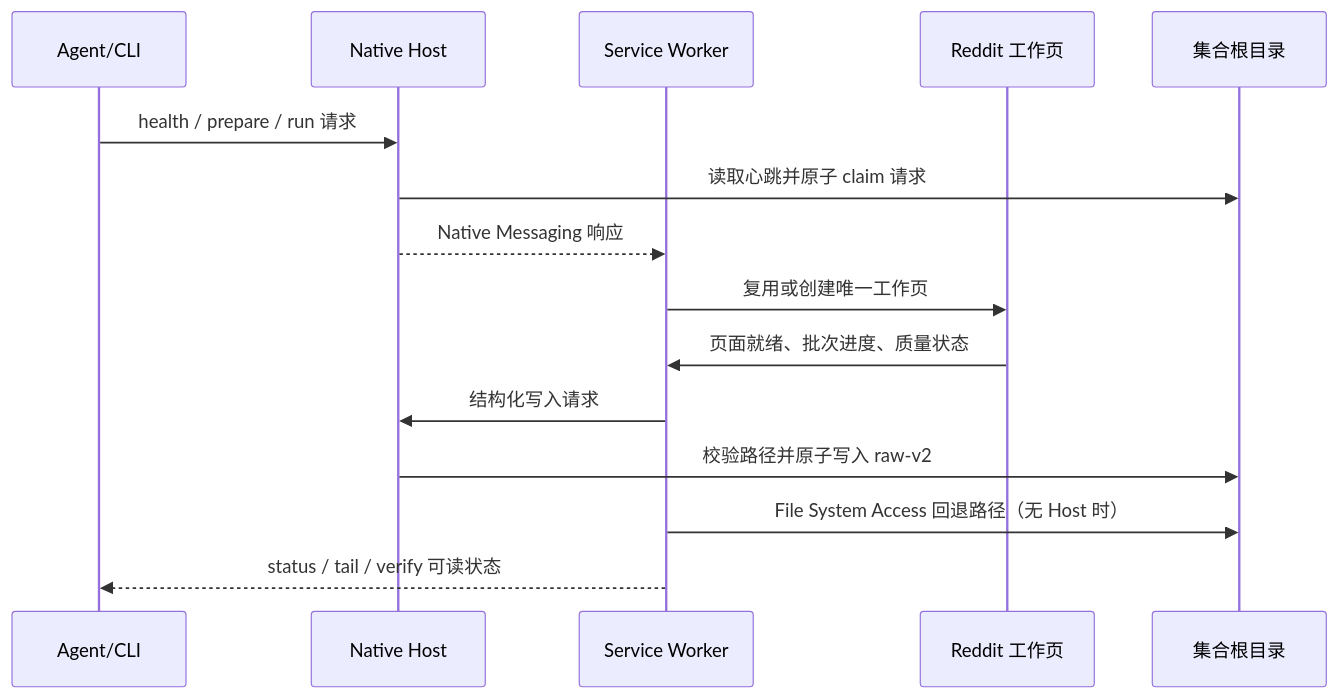
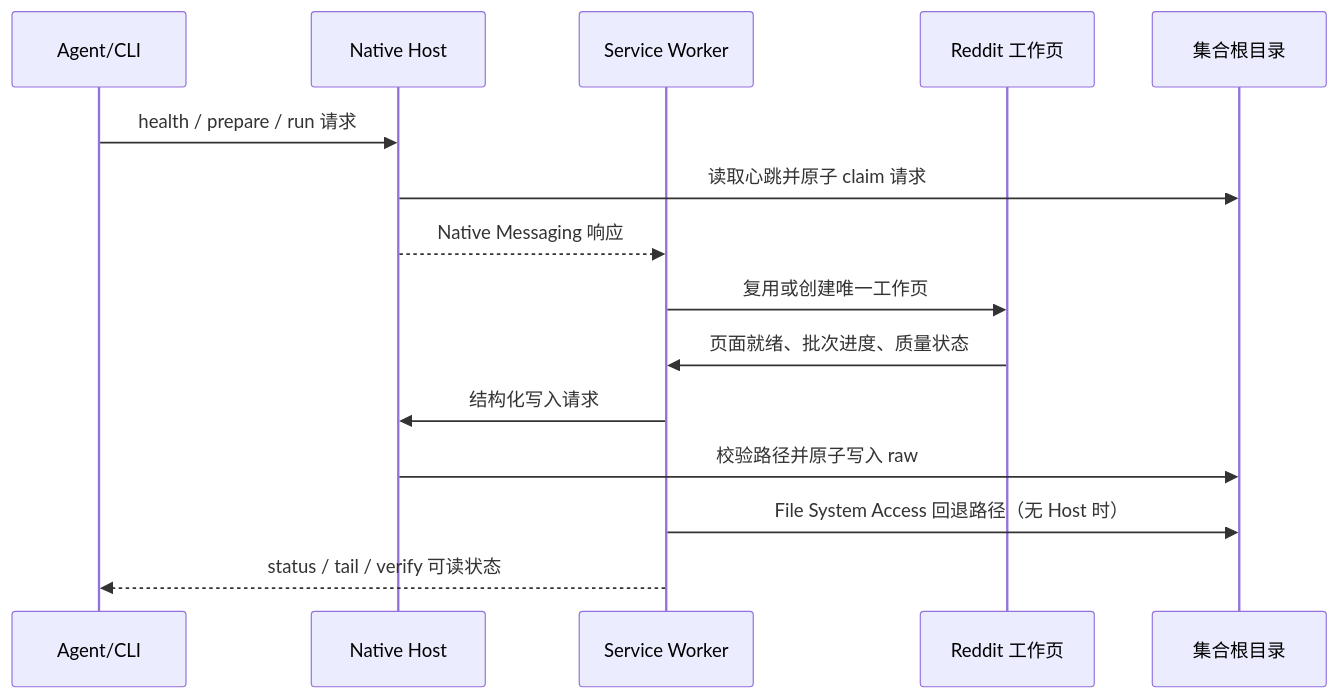
The second of 2 diagrams in docs/ARCHITECTURE.md (qiaoen12/reddit-rpa-assistant), drawn with Mermaid before and after one commit. The commit also changed other lines of this file and 26 other files, not shown here.

```diff
--- a/docs/ARCHITECTURE.md
+++ b/docs/ARCHITECTURE.md
@@ -38,18 +38,18 @@
 ~~~mermaid
 sequenceDiagram
     participant A as Agent/CLI
     participant H as Native Host
     participant W as Service Worker
     participant P as Reddit 工作页
     participant D as 集合根目录
 
     A->>H: health / prepare / run 请求
     H->>D: 读取心跳并原子 claim 请求
     H-->>W: Native Messaging 响应
     W->>P: 复用或创建唯一工作页
     P->>W: 页面就绪、批次进度、质量状态
     W->>H: 结构化写入请求
-    H->>D: 校验路径并原子写入 raw-v2
+    H->>D: 校验路径并原子写入 raw
     W->>D: File System Access 回退路径（无 Host 时）
     W-->>A: status / tail / verify 可读状态
 ~~~
```
